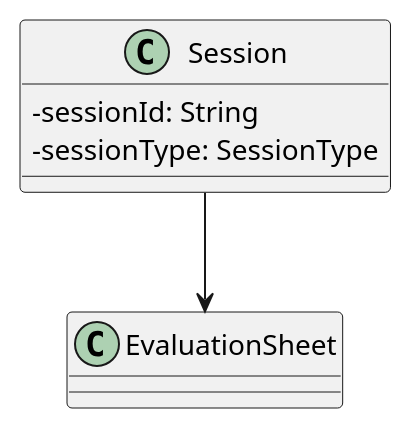
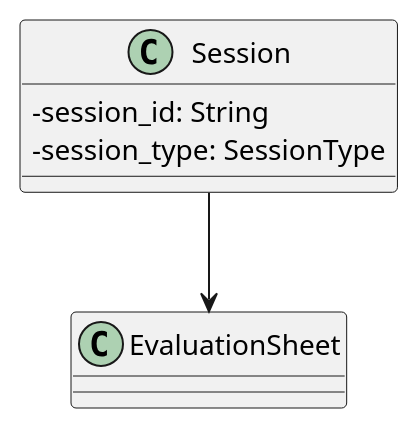
The diagram in src/PB/DocumentazioneEsterna/Specifica_Tecnica/content/uml/puml/Diagrammi_classi/Dominio/Session.puml (GroupRubberDuck/Documentazione), drawn with PlantUML before and after one commit. The commit also changed 6 other files, not shown here.

```diff
--- a/src/PB/DocumentazioneEsterna/Specifica_Tecnica/content/uml/puml/Diagrammi_classi/Dominio/Session.puml
+++ b/src/PB/DocumentazioneEsterna/Specifica_Tecnica/content/uml/puml/Diagrammi_classi/Dominio/Session.puml
@@ -1,11 +1,11 @@
 @startuml Session
 skinparam linetype ortho
 skinparam classAttributeIconSize 0
 
 class Session {
     ' - evaluationSheet: EvaluationSheet
-    - sessionId: String
-    - sessionType: SessionType
+    - session_id: String
+    - session_type: SessionType
 }
 Session --> EvaluationSheet
 @enduml
```
